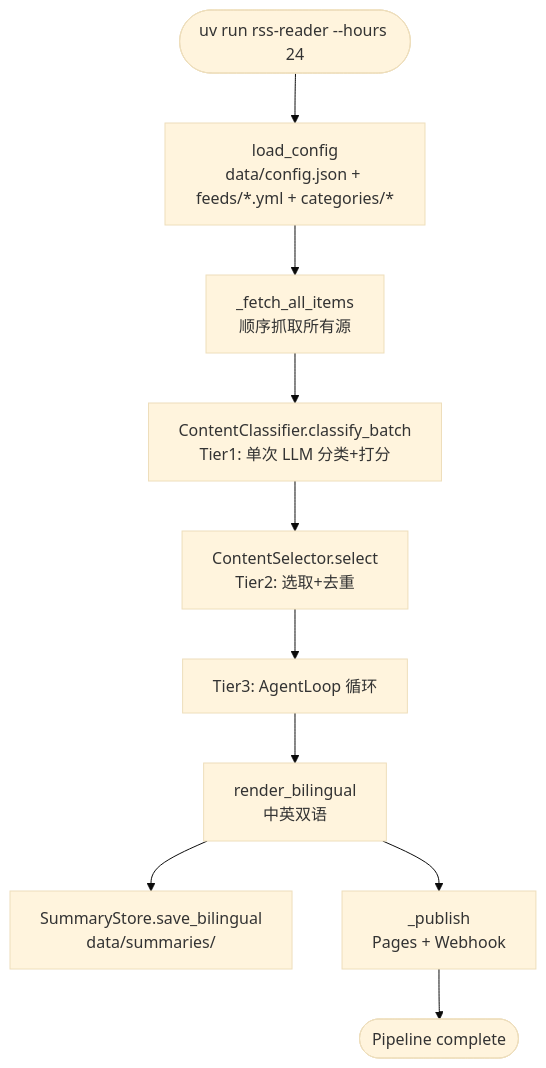
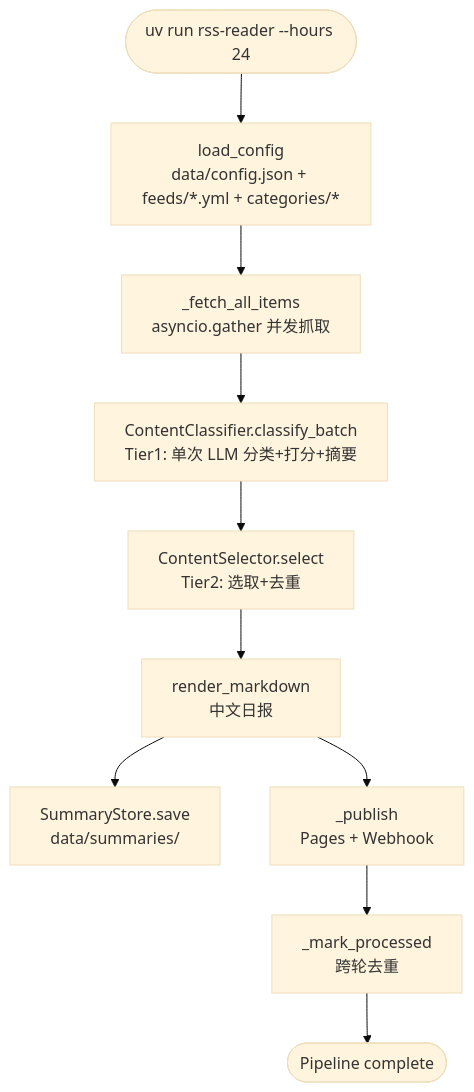
The first of 6 diagrams in docs/FLOW/README.md (int2t05/rss-reader), drawn with Mermaid (base theme) before and after one commit. The commit also changed other lines of this file and 72 other files, not shown here.

````diff
--- a/docs/FLOW/README.md
+++ b/docs/FLOW/README.md
@@ -5,12 +5,12 @@
 ```mermaid
 flowchart TB
     START([uv run rss-reader --hours 24]) --> LOAD[load_config<br/>data/config.json + feeds/*.yml + categories/*]
-    LOAD --> FETCH[_fetch_all_items<br/>顺序抓取所有源]
-    FETCH --> T1[ContentClassifier.classify_batch<br/>Tier1: 单次 LLM 分类+打分]
+    LOAD --> FETCH[_fetch_all_items<br/>asyncio.gather 并发抓取]
+    FETCH --> T1[ContentClassifier.classify_batch<br/>Tier1: 单次 LLM 分类+打分+摘要]
     T1 --> T2[ContentSelector.select<br/>Tier2: 选取+去重]
-    T2 --> T3[Tier3: AgentLoop 循环]
-    T3 --> RND[render_bilingual<br/>中英双语]
-    RND --> SUM[SummaryStore.save_bilingual<br/>data/summaries/]
+    T2 --> RND[render_markdown<br/>中文日报]
+    RND --> SUM[SummaryStore.save<br/>data/summaries/]
     RND --> PUB[_publish<br/>Pages + Webhook]
-    PUB --> DONE([Pipeline complete])
+    PUB --> DEDUP[_mark_processed<br/>跨轮去重]
+    DEDUP --> DONE([Pipeline complete])
 ```
````
